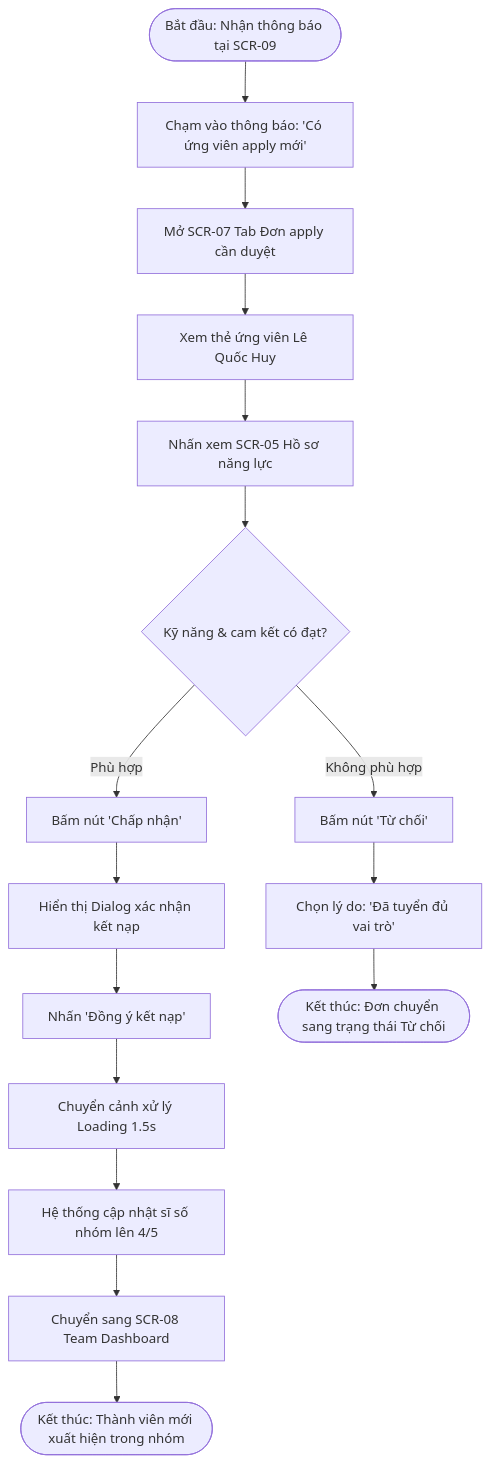
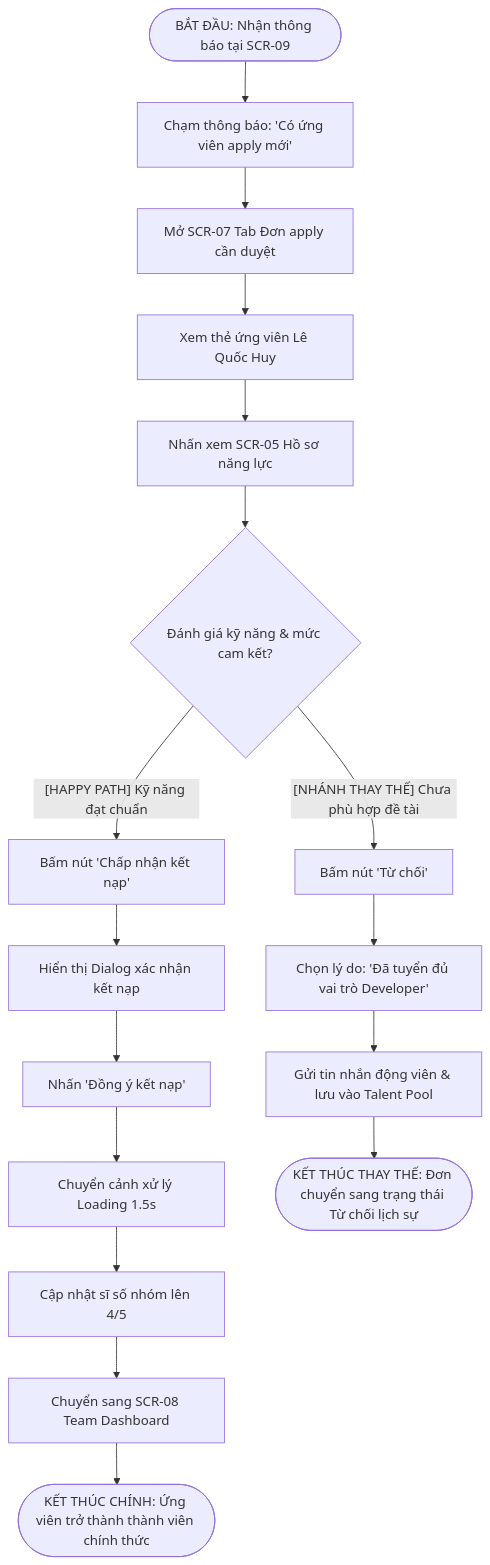
Before and after one commit to LuTu-2004/prm323-lab2-group4: the second of 3 diagrams in ux/user-flow.md, drawn with Mermaid. The commit also changed other lines of this file and 1 other file, not shown here.

Commit message:
docs: enrich user flows with explicit alternative and recovery branches per rubric

````diff
--- a/ux/user-flow.md
+++ b/ux/user-flow.md
@@ -67,18 +79,23 @@
 ```mermaid
 flowchart TD
-    Start([Bắt đầu: Nhận thông báo tại SCR-09]) --> ClickNotif[Chạm vào thông báo: 'Có ứng viên apply mới']
+    Start([BẮT ĐẦU: Nhận thông báo tại SCR-09]) --> ClickNotif[Chạm thông báo: 'Có ứng viên apply mới']
     ClickNotif --> OpenManage[Mở SCR-07 Tab Đơn apply cần duyệt]
     OpenManage --> ViewApplicant[Xem thẻ ứng viên Lê Quốc Huy]
     ViewApplicant --> OpenProfile[Nhấn xem SCR-05 Hồ sơ năng lực]
-    OpenProfile --> Evaluate{Kỹ năng & cam kết có đạt?}
-    Evaluate -- Phù hợp --> ClickAccept[Bấm nút 'Chấp nhận']
+    OpenProfile --> Evaluate{Đánh giá kỹ năng & mức cam kết?}
+
+    %% Nhánh thành công (Happy Path)
+    Evaluate -- [HAPPY PATH] Kỹ năng đạt chuẩn --> ClickAccept[Bấm nút 'Chấp nhận kết nạp']
     ClickAccept --> ShowConfirmDialog[Hiển thị Dialog xác nhận kết nạp]
     ShowConfirmDialog --> Confirm[Nhấn 'Đồng ý kết nạp']
     Confirm --> LoadingState[Chuyển cảnh xử lý Loading 1.5s]
-    LoadingState --> UpdateTeam[Hệ thống cập nhật sĩ số nhóm lên 4/5]
+    LoadingState --> UpdateTeam[Cập nhật sĩ số nhóm lên 4/5]
     UpdateTeam --> NavDashboard[Chuyển sang SCR-08 Team Dashboard]
-    NavDashboard --> End([Kết thúc: Thành viên mới xuất hiện trong nhóm])
-    Evaluate -- Không phù hợp --> ClickReject[Bấm nút 'Từ chối']
-    ClickReject --> PromptReason[Chọn lý do: 'Đã tuyển đủ vai trò']
-    PromptReason --> EndReject([Kết thúc: Đơn chuyển sang trạng thái Từ chối])
+    NavDashboard --> EndHappy2([KẾT THÚC CHÍNH: Ứng viên trở thành thành viên chính thức])
+
+    %% Nhánh thay thế (Alternative Path)
+    Evaluate -- [NHÁNH THAY THẾ] Chưa phù hợp đề tài --> ClickReject[Bấm nút 'Từ chối']
+    ClickReject --> PromptReason[Chọn lý do: 'Đã tuyển đủ vai trò Developer']
+    PromptReason --> SendEncourage[Gửi tin nhắn động viên & lưu vào Talent Pool]
+    SendEncourage --> EndAlt2([KẾT THÚC THAY THẾ: Đơn chuyển sang trạng thái Từ chối lịch sự])
 ```
````
